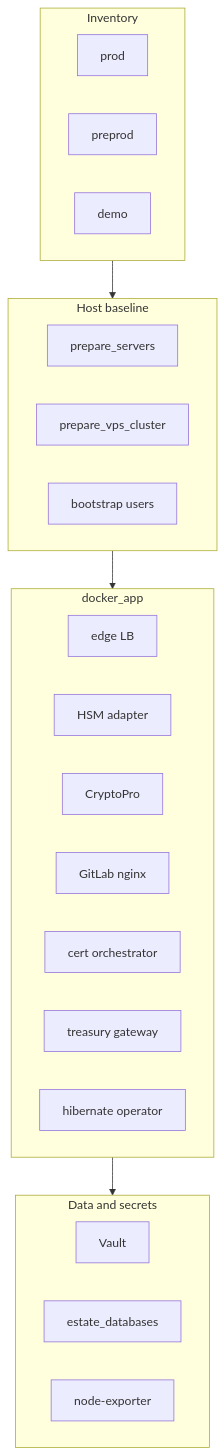
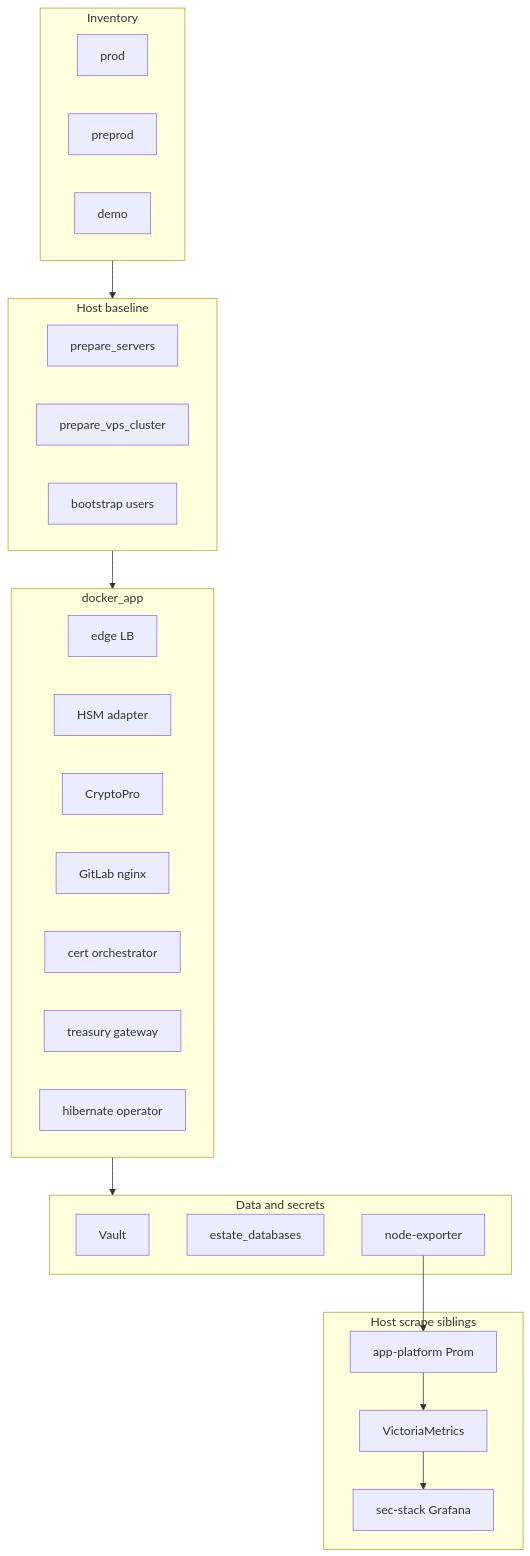
One commit to NarberallGamma/narberall-platform-engineer-lab changed the diagram in diagrams/case-studies/10-ansible-estate.md. Above: the diagram before and after it, drawn with Mermaid. The commit also changed other lines of this file and 1166 other files, not shown here.

````diff
--- a/diagrams/case-studies/10-ansible-estate.md
+++ b/diagrams/case-studies/10-ansible-estate.md
@@ -3,30 +3,38 @@
 ```mermaid
 flowchart TB
   subgraph inv [Inventory]
     Prod[prod]
     Pre[preprod]
     Demo[demo]
   end
   subgraph base [Host baseline]
     Prep[prepare_servers]
     Vps[prepare_vps_cluster]
     Users[bootstrap users]
   end
   subgraph apps [docker_app]
     LB[edge LB]
     HSM[HSM adapter]
     CP[CryptoPro]
     GL[GitLab nginx]
     Cert[cert orchestrator]
     GW[treasury gateway]
     Hib[hibernate operator]
   end
   subgraph data [Data and secrets]
     Vlt[Vault]
     DB[estate_databases]
     Exp[node-exporter]
   end
+  subgraph scrape [Host scrape siblings]
+    Prom[app-platform Prom]
+    VM[VictoriaMetrics]
+    HostG[sec-stack Grafana]
+  end
   inv --> base
   base --> apps
   apps --> data
+  Exp --> Prom
+  Prom --> VM
+  VM --> HostG
 ```
````
